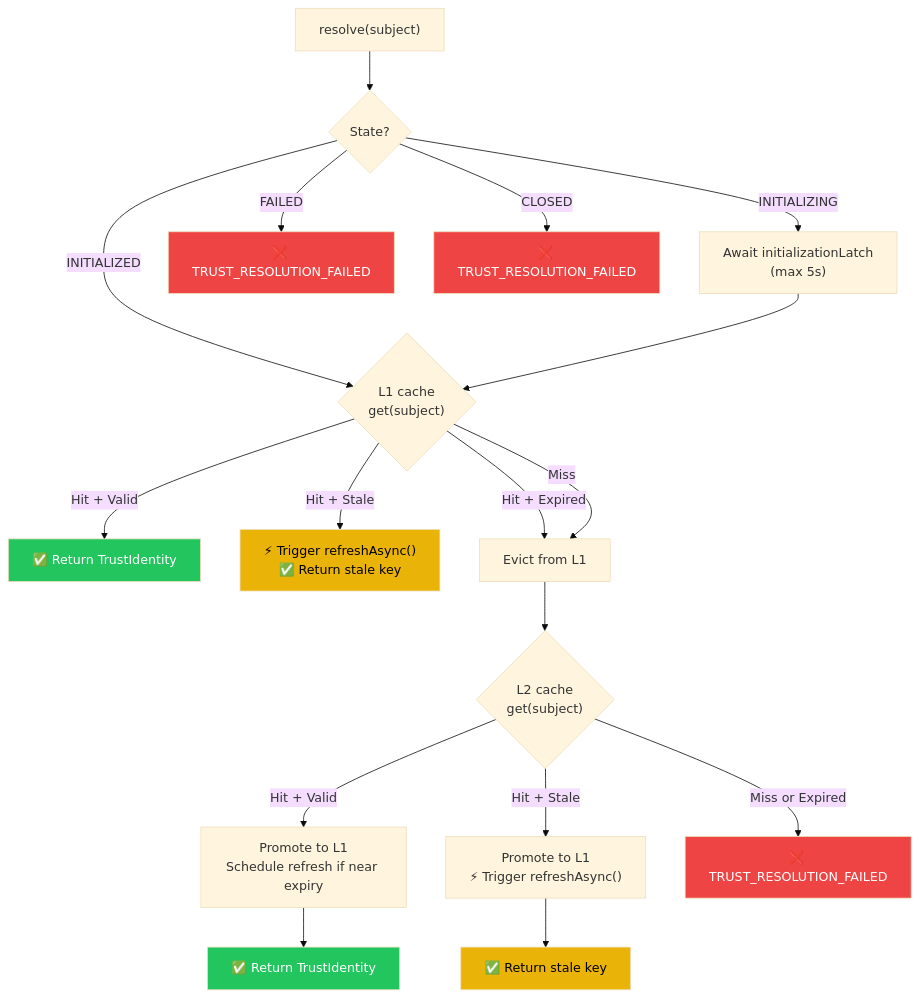
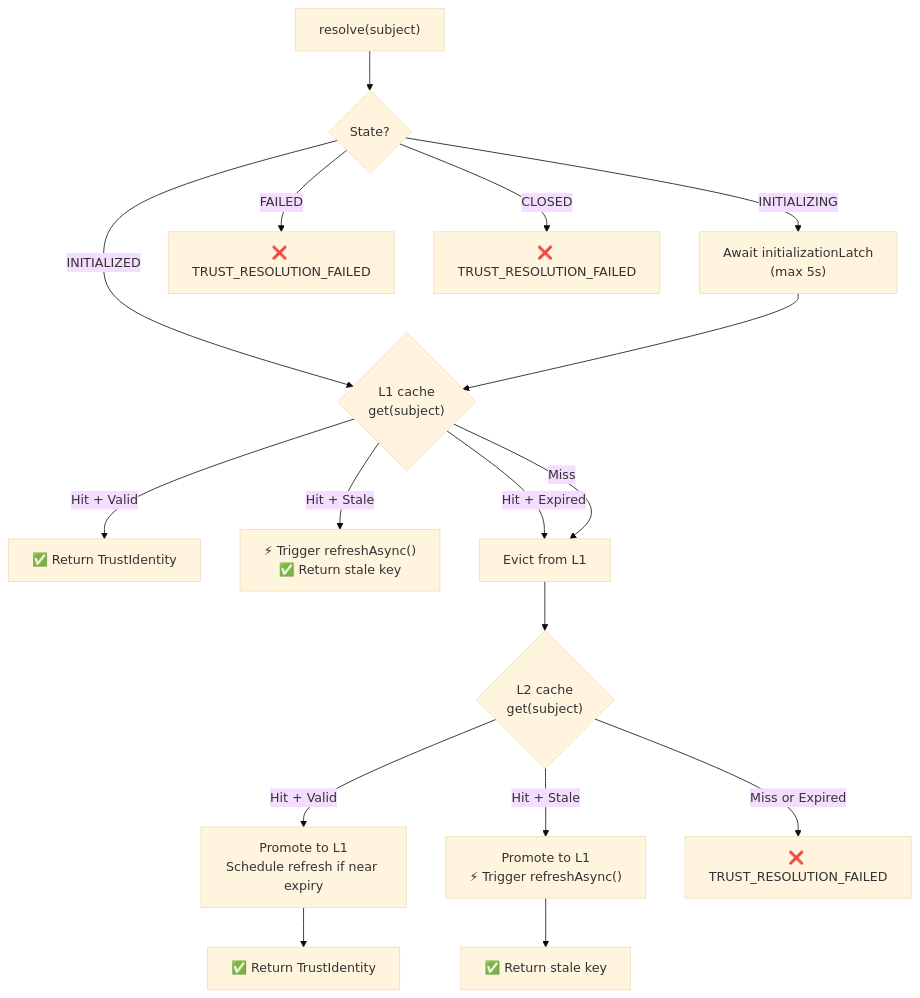
Before and after one commit to cyfko/veridot: the second of 3 diagrams in docs/docs/architecture/caching-trustroot.md, drawn with Mermaid (base theme). The commit also changed other lines of this file and 25 other files, not shown here.

First line of the commit message:
style: remove colorful fill styles from Mermaid diagrams

````diff
--- a/docs/docs/architecture/caching-trustroot.md
+++ b/docs/docs/architecture/caching-trustroot.md
@@ -87,32 +84,25 @@
 ```mermaid
 flowchart TD
     A["resolve(subject)"] --> B{"State?"}
     B -->|"INITIALIZING"| C["Await initializationLatch<br/>(max 5s)"]
     B -->|"FAILED"| ERR1["❌ TRUST_RESOLUTION_FAILED"]
     B -->|"CLOSED"| ERR2["❌ TRUST_RESOLUTION_FAILED"]
     B -->|"INITIALIZED"| D{"L1 cache<br/>get(subject)"}
 
     C --> D
 
     D -->|"Hit + Valid"| RET1["✅ Return TrustIdentity"]
     D -->|"Hit + Stale"| STALE1["⚡ Trigger refreshAsync()<br/>✅ Return stale key"]
     D -->|"Hit + Expired"| E["Evict from L1"]
     D -->|"Miss"| E
 
     E --> F{"L2 cache<br/>get(subject)"}
 
     F -->|"Hit + Valid"| G["Promote to L1<br/>Schedule refresh if near expiry"]
     F -->|"Hit + Stale"| H["Promote to L1<br/>⚡ Trigger refreshAsync()"]
     F -->|"Miss or Expired"| ERR3["❌ TRUST_RESOLUTION_FAILED"]
 
     G --> RET2["✅ Return TrustIdentity"]
     H --> RET3["✅ Return stale key"]
 
-    style RET1 fill:#22c55e,color:#fff
-    style RET2 fill:#22c55e,color:#fff
-    style RET3 fill:#eab308,color:#000
-    style STALE1 fill:#eab308,color:#000
-    style ERR1 fill:#ef4444,color:#fff
-    style ERR2 fill:#ef4444,color:#fff
-    style ERR3 fill:#ef4444,color:#fff
 ```
````
